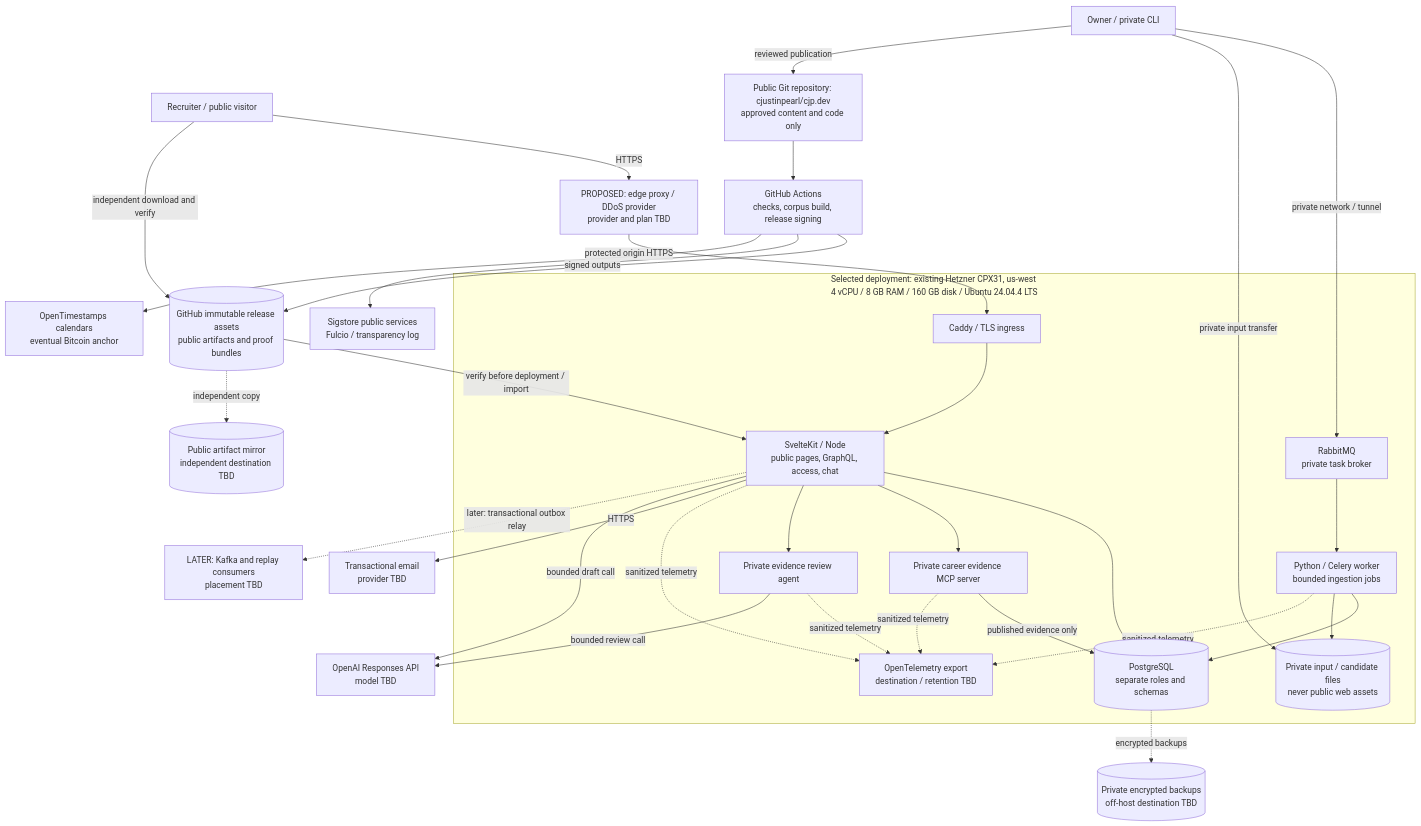
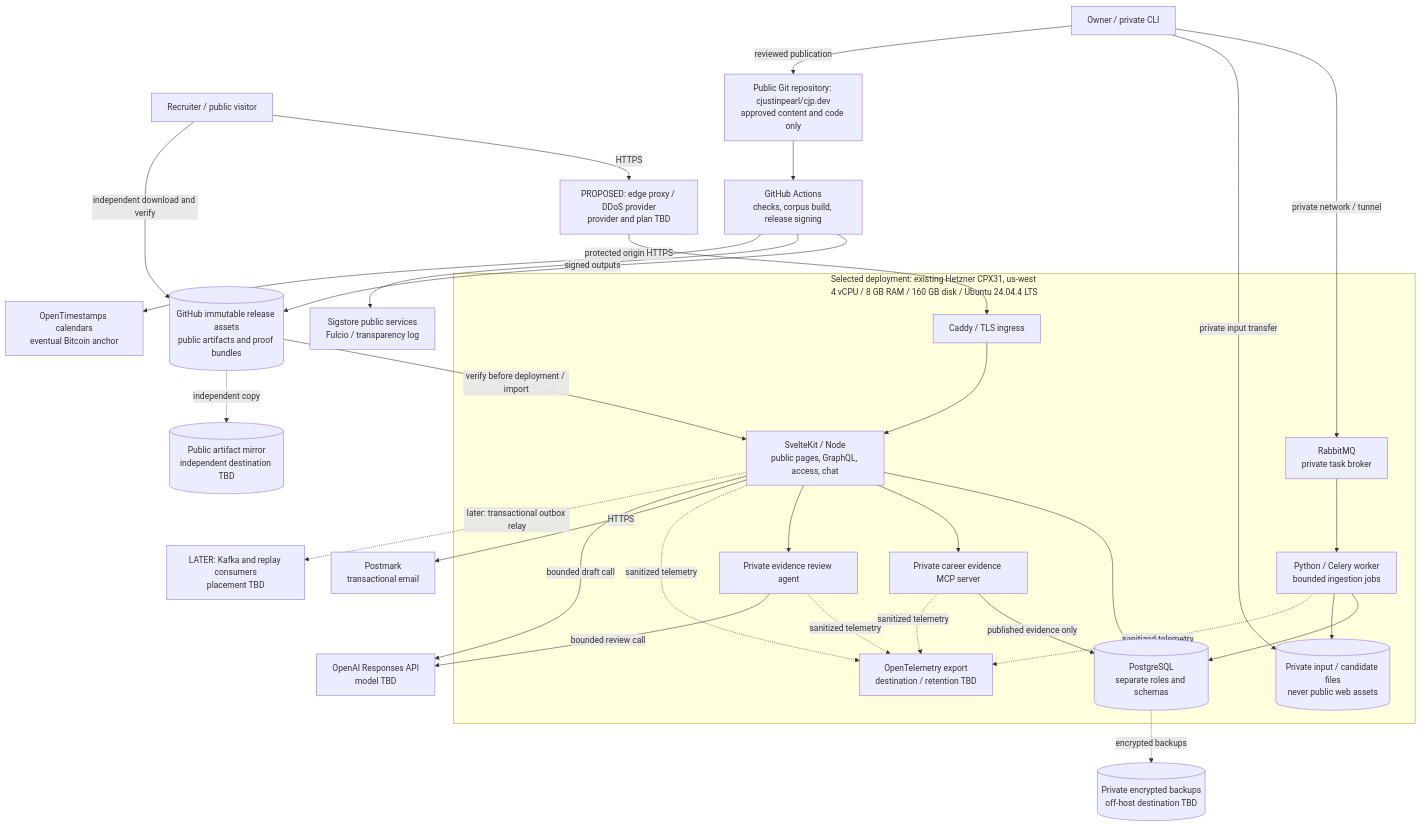
One commit to cjustinpearl/cjp.dev changed the diagram in docs/diagrams/system.mmd. Above: the diagram before and after it, drawn with Mermaid. The commit also changed 6 other files, not shown here.

```diff
--- a/docs/diagrams/system.mmd
+++ b/docs/diagrams/system.mmd
@@ -1,54 +1,54 @@
 flowchart TB
   V["Recruiter / public visitor"]
   O["Owner / private CLI"]
   E["PROPOSED: edge proxy / DDoS provider<br/>provider and plan TBD"]
   subgraph HOST["Selected deployment: existing Hetzner CPX31, us-west<br/>4 vCPU / 8 GB RAM / 160 GB disk / Ubuntu 24.04.4 LTS"]
     C["Caddy / TLS ingress"]
     W["SvelteKit / Node<br/>public pages, GraphQL, access, chat"]
     P[("PostgreSQL<br/>separate roles and schemas")]
     R["RabbitMQ<br/>private task broker"]
     PY["Python / Celery worker<br/>bounded ingestion jobs"]
     F[("Private input / candidate files<br/>never public web assets")]
     MCP["Private career evidence MCP server"]
     REVIEW["Private evidence review agent"]
     T["OpenTelemetry export<br/>destination / retention TBD"]
     C --> W
     W --> P
     W --> MCP
     W --> REVIEW
     MCP -->|published evidence only| P
     MCP -. "sanitized telemetry" .-> T
     REVIEW -. "sanitized telemetry" .-> T
     R --> PY
     PY --> P
     PY --> F
     W -. "sanitized telemetry" .-> T
     PY -. "sanitized telemetry" .-> T
   end
   G["Public Git repository: cjustinpearl/cjp.dev<br/>approved content and code only"]
   CI["GitHub Actions<br/>checks, corpus build, release signing"]
   A[("GitHub immutable release assets<br/>public artifacts and proof bundles")]
   BACK[("Private encrypted backups<br/>off-host destination TBD")]
   MIRROR[("Public artifact mirror<br/>independent destination TBD")]
   SIG["Sigstore public services<br/>Fulcio / transparency log"]
   OTS["OpenTimestamps calendars<br/>eventual Bitcoin anchor"]
-  MAIL["Transactional email<br/>provider TBD"]
+  MAIL["Postmark<br/>transactional email"]
   LLM["OpenAI Responses API<br/>model TBD"]
   K["LATER: Kafka and replay consumers<br/>placement TBD"]
   V -->|HTTPS| E
   E -->|protected origin HTTPS| C
   O -->|private network / tunnel| R
   O -->|private input transfer| F
   O -->|reviewed publication| G
   G --> CI
   CI -->|signed outputs| A
   CI --> SIG
   CI --> OTS
   A -->|verify before deployment / import| W
   P -. "encrypted backups" .-> BACK
   A -. "independent copy" .-> MIRROR
   W -->|HTTPS| MAIL
   W -->|bounded draft call| LLM
   REVIEW -->|bounded review call| LLM
   W -. "later: transactional outbox relay" .-> K
   V -->|independent download and verify| A
```
